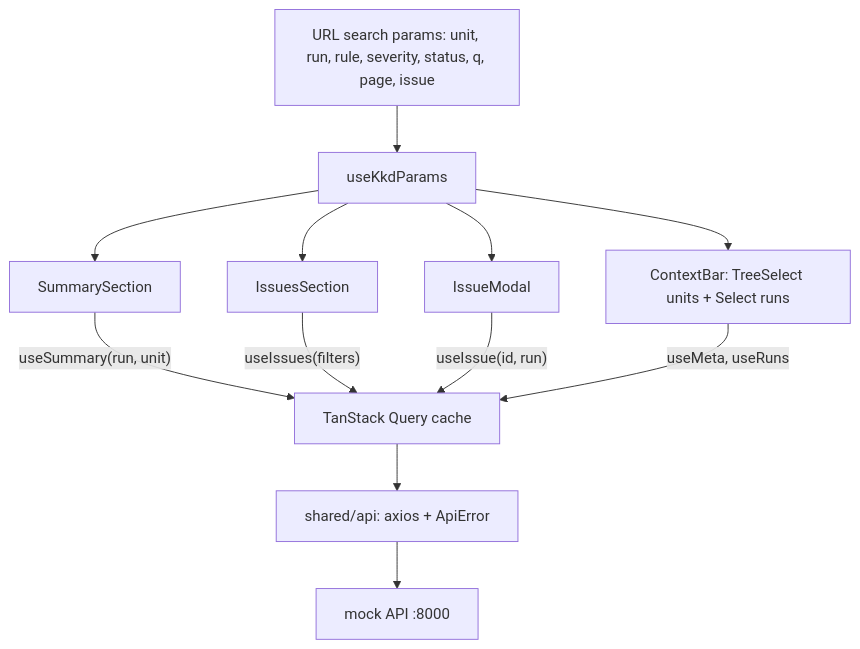
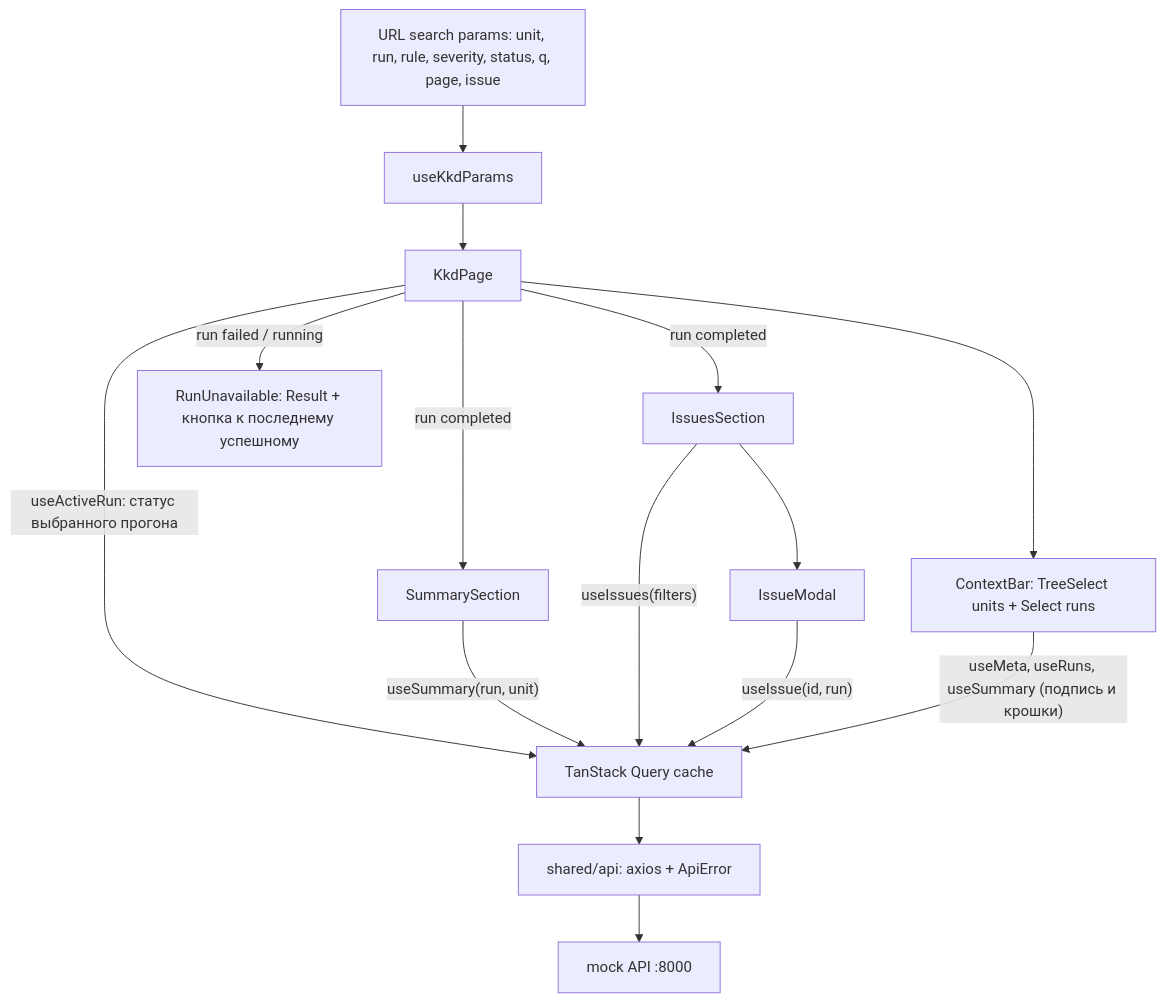
Before and after one commit to Smoke52ru/Solution-Factory_KKD: the diagram in specs/design.md, drawn with Mermaid. The commit also changed other lines of this file and 2 other files, not shown here.

````diff
--- a/specs/design.md
+++ b/specs/design.md
@@ -7,13 +7,16 @@
 ```mermaid
 flowchart TD
   URL["URL search params: unit, run, rule, severity, status, q, page, issue"] --> Params[useKkdParams]
-  Params --> ContextBar["ContextBar: TreeSelect units + Select runs"]
-  Params --> Summary[SummarySection]
-  Params --> Issues[IssuesSection]
-  Params --> Modal[IssueModal]
-  Summary -->|"useSummary(run, unit)"| RQ[TanStack Query cache]
+  Params --> Page[KkdPage]
+  Page -->|"useActiveRun: статус выбранного прогона"| RQ[TanStack Query cache]
+  Page --> ContextBar["ContextBar: TreeSelect units + Select runs"]
+  Page -->|"run completed"| Summary[SummarySection]
+  Page -->|"run completed"| Issues[IssuesSection]
+  Page -->|"run failed / running"| Unavailable["RunUnavailable: Result + кнопка к последнему успешному"]
+  Issues --> Modal[IssueModal]
+  Summary -->|"useSummary(run, unit)"| RQ
   Issues -->|"useIssues(filters)"| RQ
   Modal -->|"useIssue(id, run)"| RQ
-  ContextBar -->|"useMeta, useRuns"| RQ
+  ContextBar -->|"useMeta, useRuns, useSummary (подпись и крошки)"| RQ
   RQ --> Api["shared/api: axios + ApiError"] --> Mock["mock API :8000"]
 ```
````
